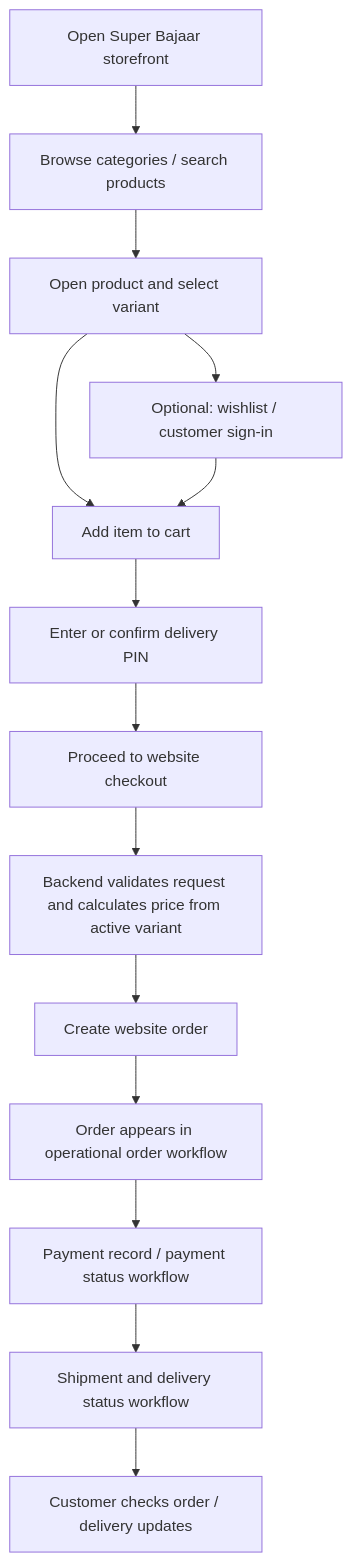
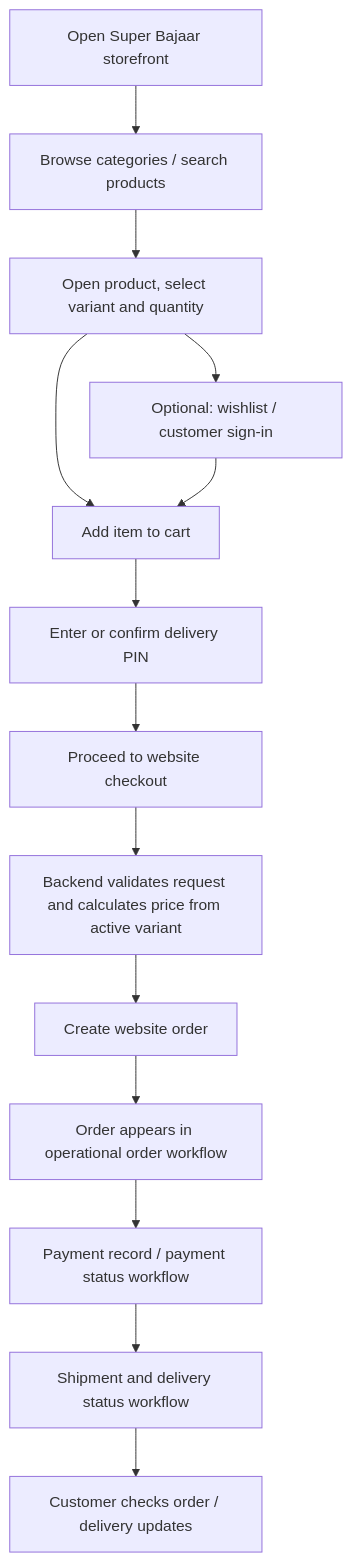
Before and after one commit to siinghniibandhan-wq/superbajaar: the fourth of 6 diagrams in README.md, drawn with Mermaid. The commit also changed other lines of this file, not shown here.

Commit message:
Document multi-category catalogue and product quantity behaviour

````diff
--- a/README.md
+++ b/README.md
@@ -421,16 +422,16 @@
 ```mermaid
 flowchart TD
     S["Open Super Bajaar storefront"] --> B["Browse categories / search products"]
-    B --> P["Open product and select variant"]
+    B --> P["Open product, select variant and quantity"]
     P --> W["Optional: wishlist / customer sign-in"]
     P --> C["Add item to cart"]
     W --> C
     C --> PIN["Enter or confirm delivery PIN"]
     PIN --> CHECK["Proceed to website checkout"]
     CHECK --> SERVER["Backend validates request and calculates price from active variant"]
     SERVER --> ORDER["Create website order"]
     ORDER --> STATUS["Order appears in operational order workflow"]
     STATUS --> PAY["Payment record / payment status workflow"]
     PAY --> DELIVERY["Shipment and delivery status workflow"]
     DELIVERY --> END["Customer checks order / delivery updates"]
 ```
````
